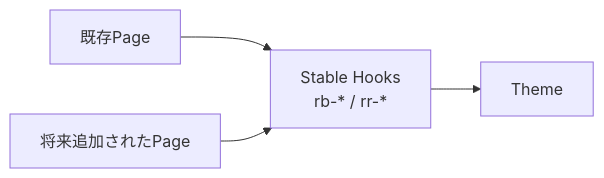
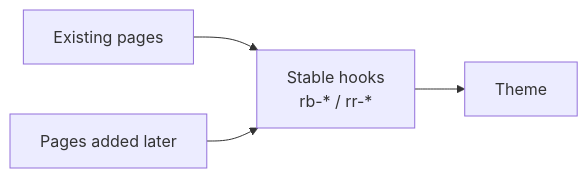
The fourth of 6 diagrams in docs/docs/themes/writing-a-theme.md (Rerurate514/riebeckite), drawn with Mermaid before and after one commit. The commit also changed other lines of this file and 604 other files, not shown here.

````diff
--- a/docs/docs/themes/writing-a-theme.md
+++ b/docs/docs/themes/writing-a-theme.md
@@ -464,11 +289,11 @@
-```mermaid id="ox4v8a"
+```mermaid
 flowchart LR
-    A["既存Page"]
-    B["将来追加されたPage"]
-    Hooks["Stable Hooks<br/>rb-* / rr-*"]
+    A["Existing pages"]
+    B["Pages added later"]
+    Hooks["Stable hooks<br/>rb-* / rr-*"]
     Theme["Theme"]
 
     A --> Hooks
     B --> Hooks
     Hooks --> Theme
 ```
````
